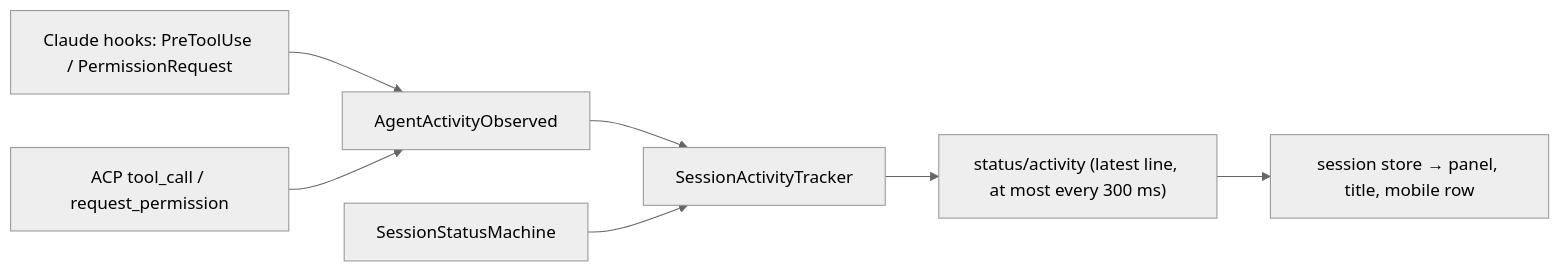
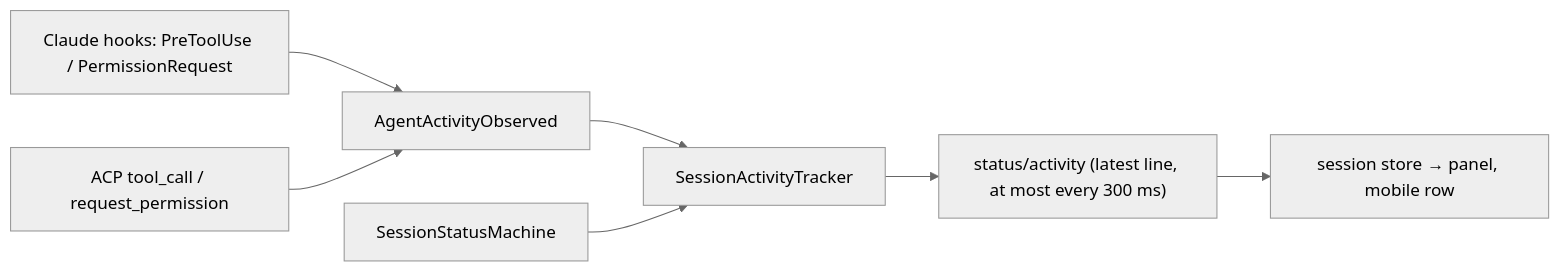
One commit to Kapps/weavie changed the diagram in docs/specs/session-switcher.md. Above: the diagram before and after it, drawn with Mermaid (neutral theme). The commit also changed other lines of this file and 6 other files, not shown here.

Commit message:
Drop the title-bar session readout; the rail and session panel carry it

````diff
--- a/docs/specs/session-switcher.md
+++ b/docs/specs/session-switcher.md
@@ -21,9 +19,9 @@
 ```mermaid
 flowchart LR
   H[Claude hooks: PreToolUse / PermissionRequest] --> A[AgentActivityObserved]
   P[ACP tool_call / request_permission] --> A
   A --> T[SessionActivityTracker]
   S[SessionStatusMachine] --> T
   T --> F["status/activity (latest line, at most every 300 ms)"]
-  F --> W[session store → panel, title, mobile row]
+  F --> W[session store → panel, mobile row]
 ```
````
